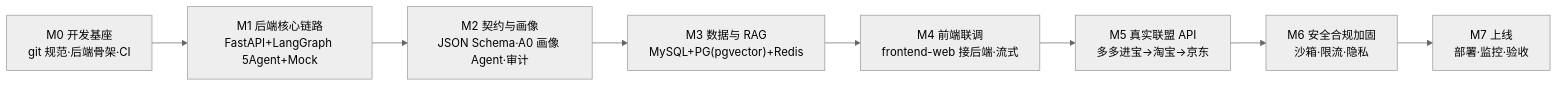
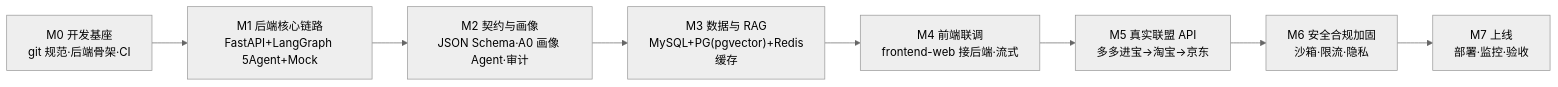
One commit to szy0607/price-agent changed the first of 2 diagrams in 开发流程.md. Above: the diagram before and after it, drawn with Mermaid (neutral theme). The commit also changed other lines of this file and 21 other files, not shown here.

````diff
--- a/开发流程.md
+++ b/开发流程.md
@@ -27,10 +27,10 @@
 ```mermaid
 flowchart LR
     M0["M0 开发基座<br/>git 规范·后端骨架·CI"] --> M1["M1 后端核心链路<br/>FastAPI+LangGraph 5Agent+Mock"]
     M1 --> M2["M2 契约与画像<br/>JSON Schema·A0 画像 Agent·审计"]
-    M2 --> M3["M3 数据与 RAG<br/>MySQL+PG(pgvector)+Redis"]
+    M2 --> M3["M3 数据与 RAG<br/>MySQL+PG(pgvector)+Redis缓存"]
     M3 --> M4["M4 前端联调<br/>frontend-web 接后端·流式"]
     M4 --> M5["M5 真实联盟 API<br/>多多进宝→淘宝→京东"]
     M5 --> M6["M6 安全合规加固<br/>沙箱·限流·隐私"]
     M6 --> M7["M7 上线<br/>部署·监控·验收"]
 ```
````
